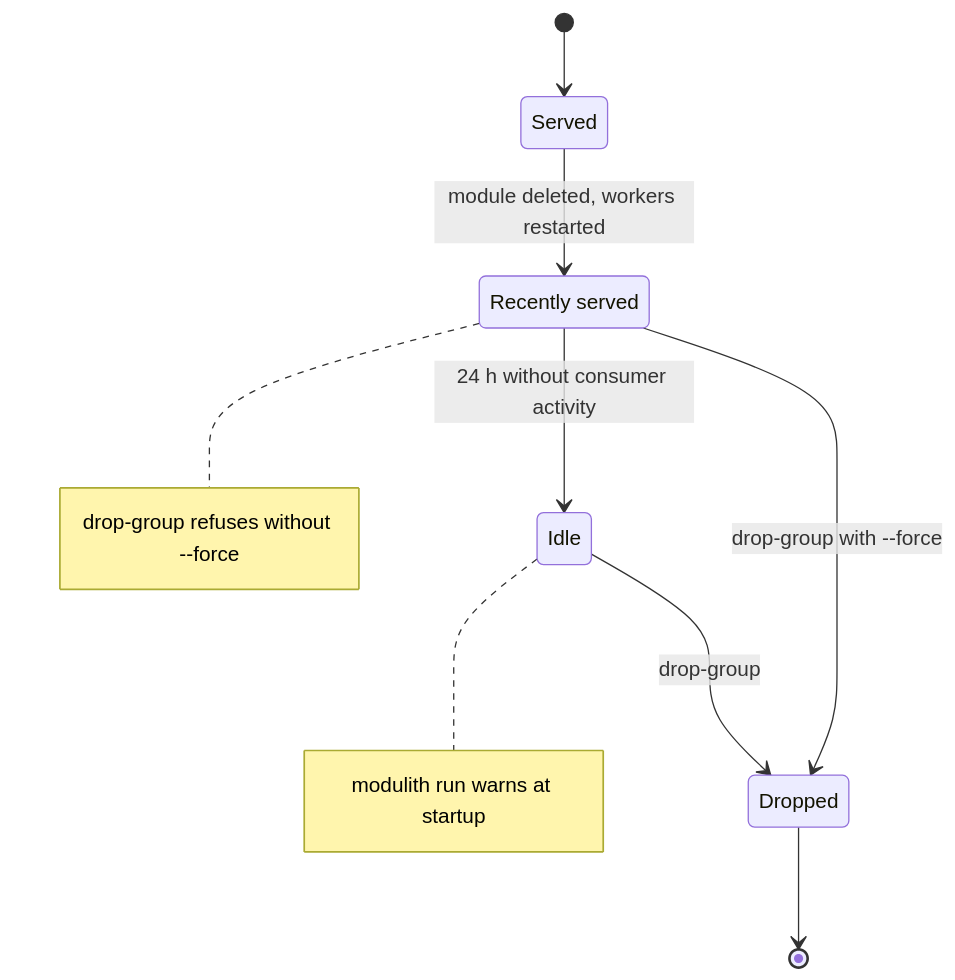
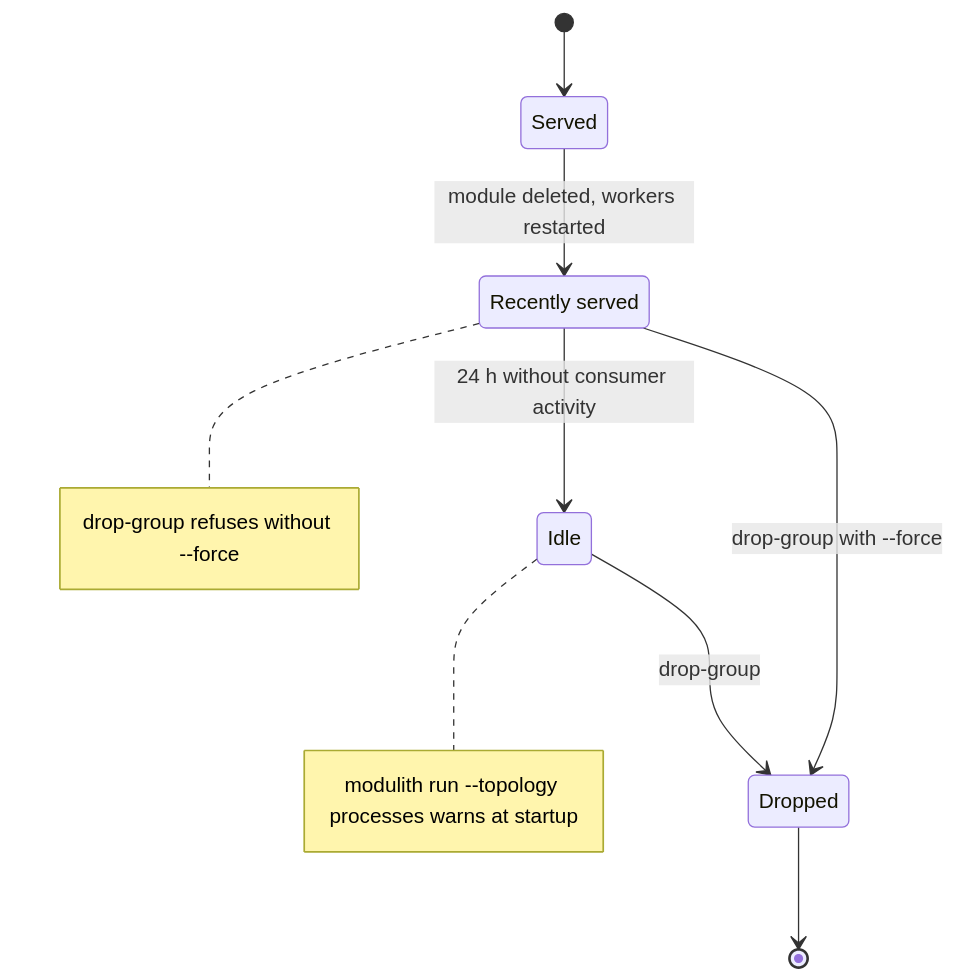
Before and after one commit to jeansossmeier/modupy: the fourth of 6 diagrams in docs/DEPLOYMENT.md, drawn with Mermaid. The commit also changed other lines of this file, not shown here.

````diff
--- a/docs/DEPLOYMENT.md
+++ b/docs/DEPLOYMENT.md
@@ -1327,16 +1337,16 @@
 ```mermaid
 stateDiagram-v2
     [*] --> Served
     Served --> RecentlyServed: module deleted, workers restarted
     RecentlyServed --> Idle: 24 h without consumer activity
     RecentlyServed --> Dropped: drop-group with --force
     Idle --> Dropped: drop-group
     Dropped --> [*]
     RecentlyServed : Recently served
     note right of RecentlyServed
         drop-group refuses without --force
     end note
     note right of Idle
-        modulith run warns at startup
+        modulith run --topology processes warns at startup
     end note
 ```
````
